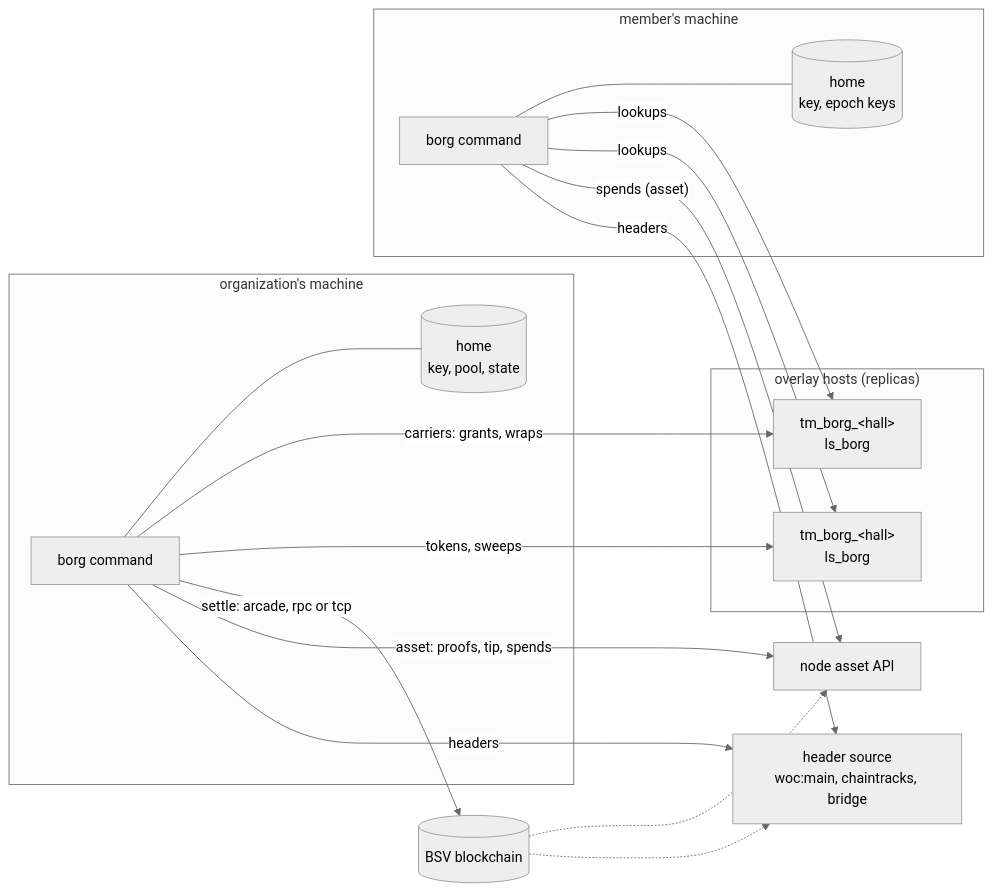
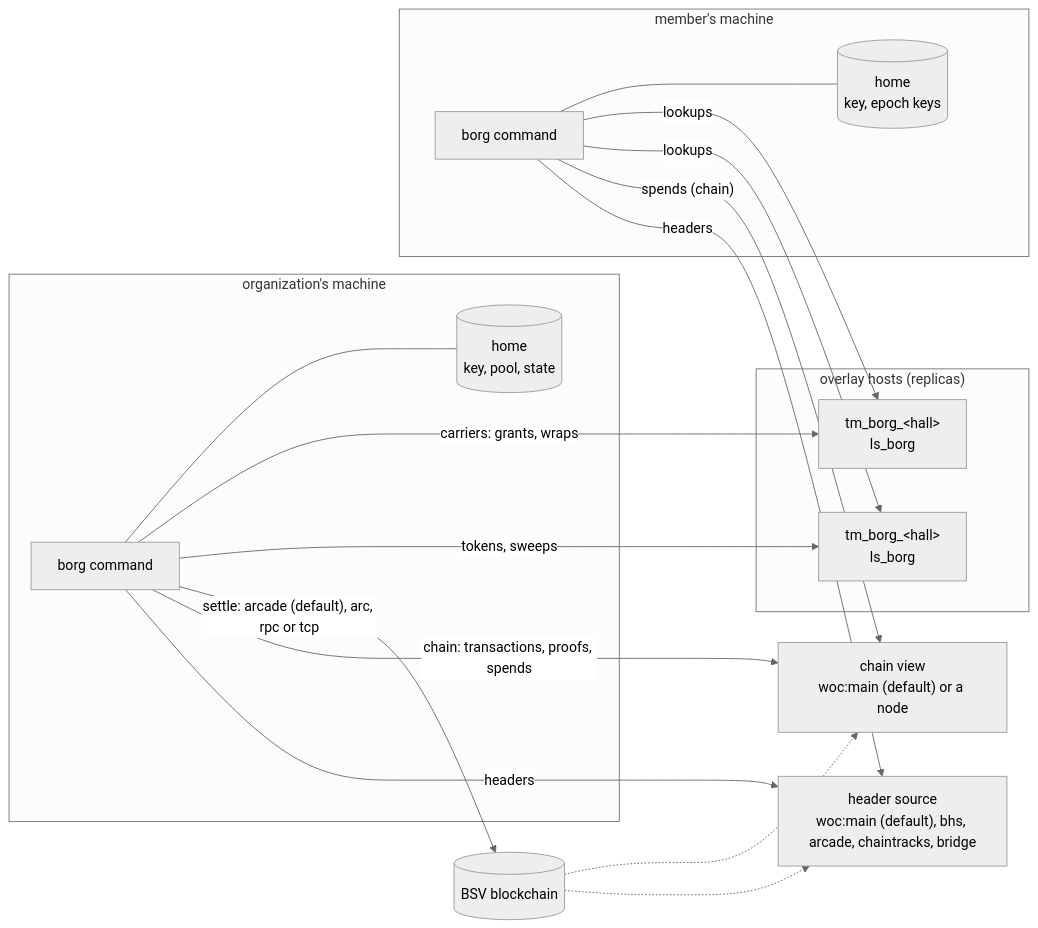
Before and after one commit to lightwebinc/borg: the diagram in docs/architecture.md, drawn with Mermaid (neutral theme). The commit also changed other lines of this file and 8 other files, not shown here.

````diff
--- a/docs/architecture.md
+++ b/docs/architecture.md
@@ -8,24 +8,24 @@
 ```mermaid
 flowchart LR
   subgraph org["organization's machine"]
     OB["borg command"] --- OH[("home<br/>key, pool, state")]
   end
   subgraph member["member's machine"]
     MB["borg command"] --- MH[("home<br/>key, epoch keys")]
   end
   subgraph hosts["overlay hosts (replicas)"]
     H1["tm_borg_&lt;hall&gt;<br/>ls_borg"]
     H2["tm_borg_&lt;hall&gt;<br/>ls_borg"]
   end
   OB -->|"carriers: grants, wraps"| H1
   OB -->|"tokens, sweeps"| H2
-  OB -->|"settle: arcade, rpc or tcp"| BSV[("BSV blockchain")]
-  OB -->|"asset: proofs, tip, spends"| N["node asset API"]
+  OB -->|"settle: arcade (default), arc, rpc or tcp"| BSV[("BSV blockchain")]
+  OB -->|"chain: transactions, proofs, spends"| N["chain view<br/>woc:main (default) or a node"]
   MB -->|lookups| H1
   MB -->|lookups| H2
-  MB -->|"spends (asset)"| N
-  OB -->|headers| HS["header source<br/>woc:main, chaintracks, bridge"]
+  MB -->|"spends (chain)"| N
+  OB -->|headers| HS["header source<br/>woc:main (default), bhs, arcade, chaintracks, bridge"]
   MB -->|headers| HS
   BSV -.-> N
   BSV -.-> HS
 ```
````
